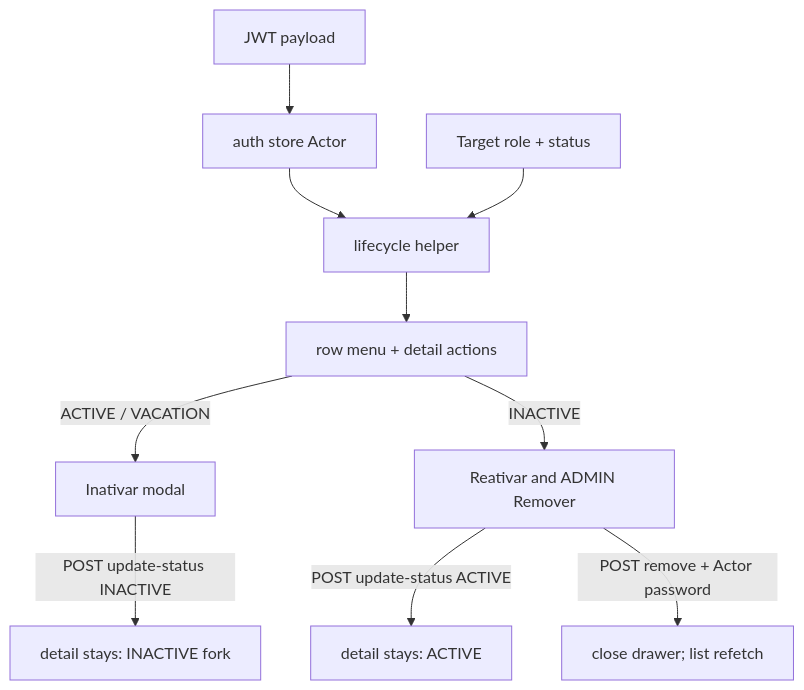
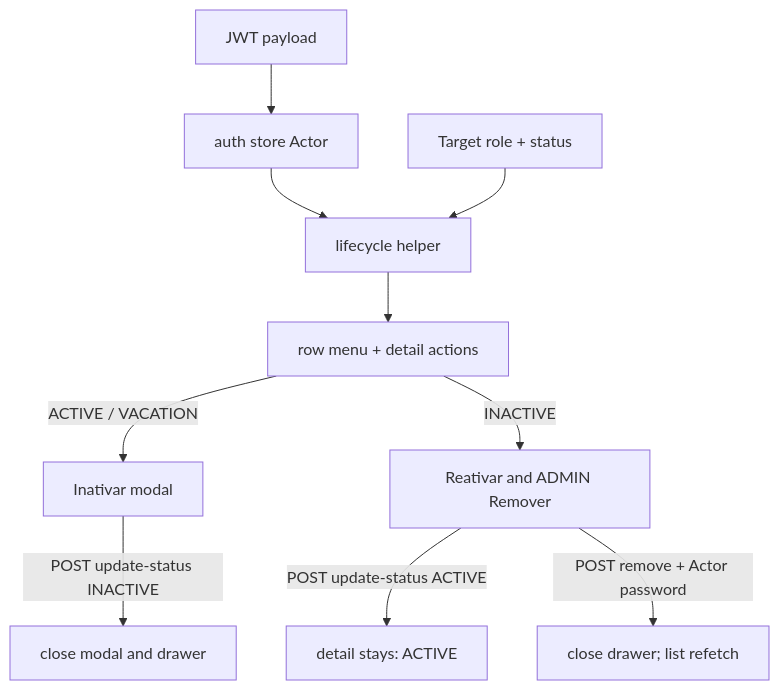
One commit to ClubGrau/clubgrau-frontend changed the diagram in docs/design-docs/employee-lifecycle-v1.md. Above: the diagram before and after it, drawn with Mermaid. The commit also changed other lines of this file and 4 other files, not shown here.

First line of the commit message:
docs: close drawer after Deactivate instead of staying on fork (KAN-11)

````diff
--- a/docs/design-docs/employee-lifecycle-v1.md
+++ b/docs/design-docs/employee-lifecycle-v1.md
@@ -121,12 +121,12 @@
 ```mermaid
 flowchart TD
   JWT[JWT payload] --> Store[auth store Actor]
   Store --> Helper[lifecycle helper]
   Target[Target role + status] --> Helper
   Helper --> Menu[row menu + detail actions]
   Menu -->|ACTIVE / VACATION| Inat[Inativar modal]
   Menu -->|INACTIVE| Fork[Reativar and ADMIN Remover]
-  Inat -->|POST update-status INACTIVE| DetailInactive[detail stays: INACTIVE fork]
+  Inat -->|POST update-status INACTIVE| ClosedAfterInat[close modal and drawer]
   Fork -->|POST update-status ACTIVE| DetailActive[detail stays: ACTIVE]
   Fork -->|POST remove + Actor password| Closed[close drawer; list refetch]
 ```
````
